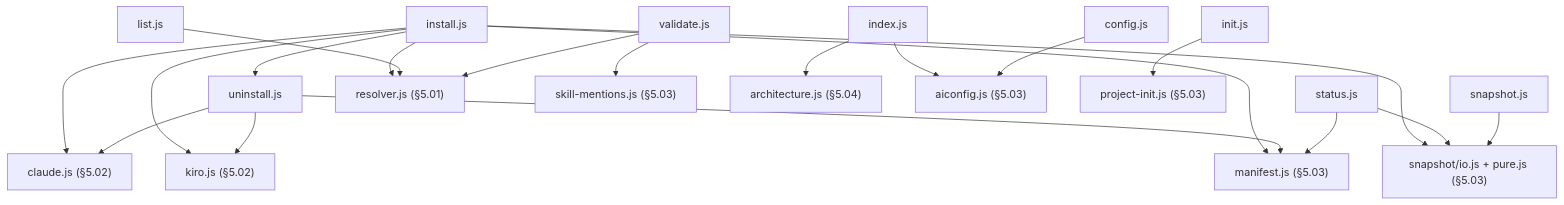
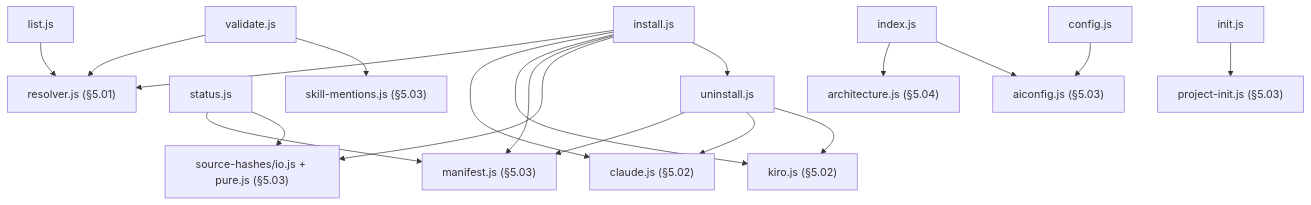
The diagram in docs/architecture/05_05_command_layer.md (starvoxel/ai-foundation), drawn with Mermaid before and after one commit. The commit also changed other lines of this file and 6 other files, not shown here.

````diff
--- a/docs/architecture/05_05_command_layer.md
+++ b/docs/architecture/05_05_command_layer.md
@@ -23,33 +22,31 @@
 ```mermaid
 graph TD
   Install["install.js"]
   Uninstall["uninstall.js"]
   Status["status.js"]
   List["list.js"]
   Validate["validate.js"]
-  Snapshot["snapshot.js"]
   Index["index.js"]
   Init["init.js"]
   Config["config.js"]
 
   Resolver["resolver.js (§5.01)"]
   SkillMentions["skill-mentions.js (§5.03)"]
   Manifest["manifest.js (§5.03)"]
-  SnapLib["snapshot/io.js + pure.js (§5.03)"]
+  HashLib["source-hashes/io.js + pure.js (§5.03)"]
   Architecture["architecture.js (§5.04)"]
   AiConfig["aiconfig.js (§5.03)"]
   ProjInit["project-init.js (§5.03)"]
   Claude["claude.js (§5.02)"]
   Kiro["kiro.js (§5.02)"]
 
-  Install --> Resolver & Claude & Kiro & Manifest & SnapLib
+  Install --> Resolver & Claude & Kiro & Manifest & HashLib
   Uninstall --> Manifest & Claude & Kiro
   Install --> Uninstall
-  Status --> Manifest & SnapLib
+  Status --> Manifest & HashLib
   List --> Resolver
   Validate --> Resolver & SkillMentions
-  Snapshot --> SnapLib
   Index --> Architecture & AiConfig
   Init --> ProjInit
   Config --> AiConfig
 ```
````
